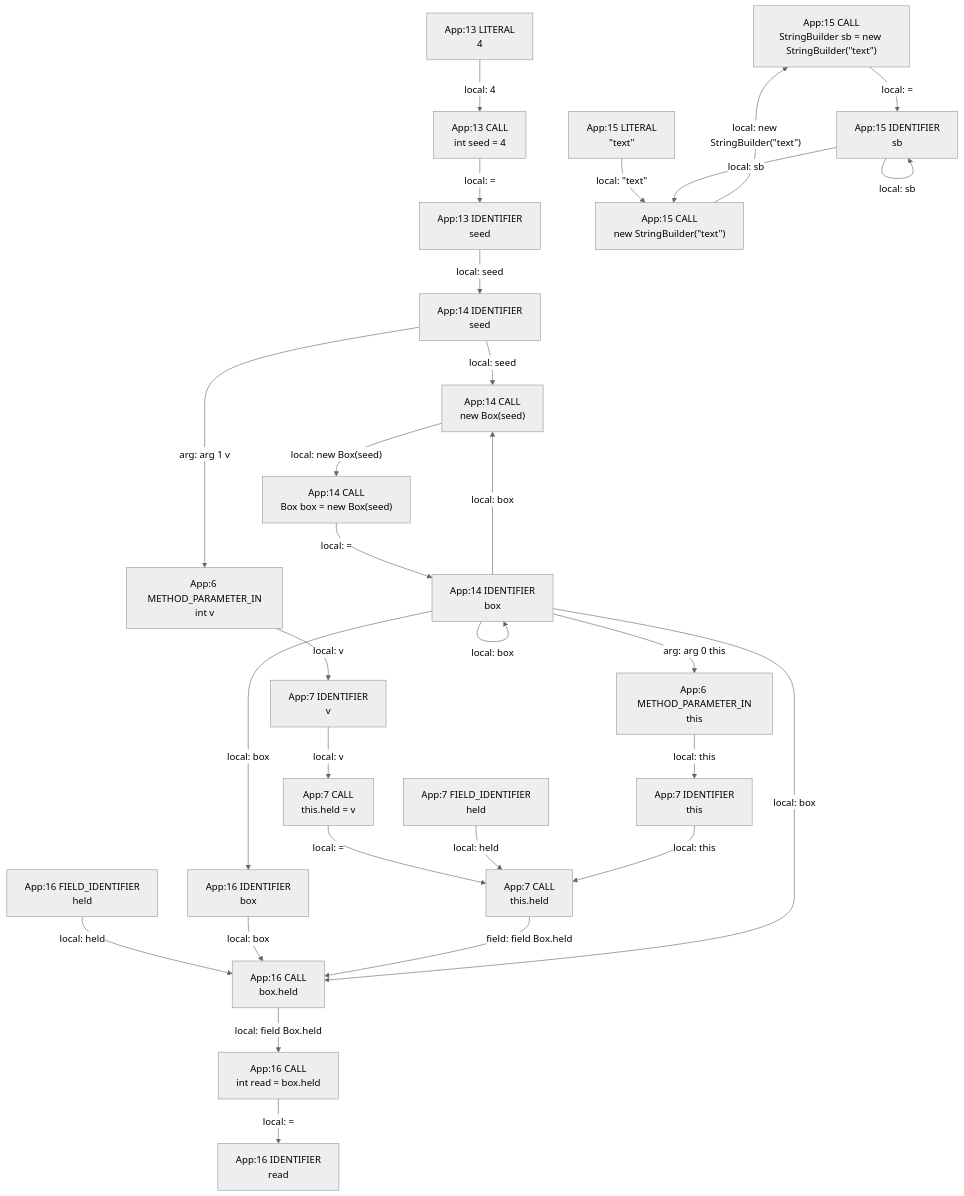
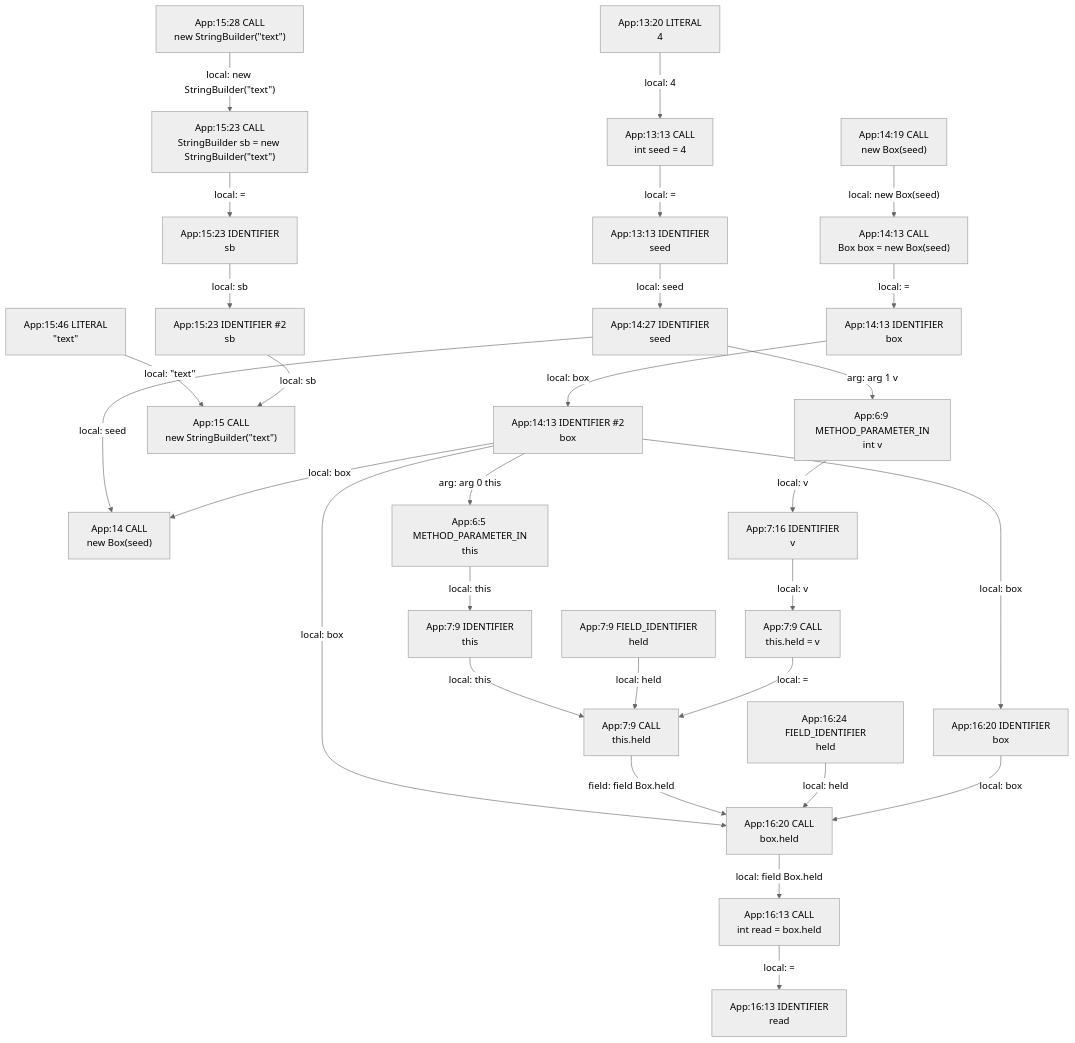
One commit to gstiebler/codeflow changed the diagram in app/src/test/resources/newObject/spike-truth.md. Above: the diagram before and after it, drawn with Mermaid (neutral theme). The commit also changed 154 other files, not shown here.

````diff
--- a/app/src/test/resources/newObject/spike-truth.md
+++ b/app/src/test/resources/newObject/spike-truth.md
@@ -3,54 +3,58 @@
 ```mermaid
 flowchart TD
-  n0["App:13 CALL<br/>int seed = 4"]
-  n1["App:13 IDENTIFIER<br/>seed"]
-  n2["App:13 LITERAL<br/>4"]
-  n3["App:14 CALL<br/>Box box = new Box(seed)"]
-  n4["App:14 CALL<br/>new Box(seed)"]
-  n5["App:14 IDENTIFIER<br/>box"]
-  n6["App:14 IDENTIFIER<br/>seed"]
-  n7["App:15 CALL<br/>StringBuilder sb = new StringBuilder(#quot;text#quot;)"]
-  n8["App:15 CALL<br/>new StringBuilder(#quot;text#quot;)"]
-  n9["App:15 IDENTIFIER<br/>sb"]
-  n10["App:15 LITERAL<br/>#quot;text#quot;"]
-  n11["App:16 CALL<br/>box.held"]
-  n12["App:16 CALL<br/>int read = box.held"]
-  n13["App:16 FIELD_IDENTIFIER<br/>held"]
-  n14["App:16 IDENTIFIER<br/>box"]
-  n15["App:16 IDENTIFIER<br/>read"]
-  n16["App:6 METHOD_PARAMETER_IN<br/>int v"]
-  n17["App:6 METHOD_PARAMETER_IN<br/>this"]
-  n18["App:7 CALL<br/>this.held"]
-  n19["App:7 CALL<br/>this.held = v"]
-  n20["App:7 FIELD_IDENTIFIER<br/>held"]
-  n21["App:7 IDENTIFIER<br/>this"]
-  n22["App:7 IDENTIFIER<br/>v"]
+  n0["App:13:13 CALL<br/>int seed = 4"]
+  n1["App:13:13 IDENTIFIER<br/>seed"]
+  n2["App:13:20 LITERAL<br/>4"]
+  n3["App:14 CALL<br/>new Box(seed)"]
+  n4["App:14:13 CALL<br/>Box box = new Box(seed)"]
+  n5["App:14:13 IDENTIFIER #2<br/>box"]
+  n6["App:14:13 IDENTIFIER<br/>box"]
+  n7["App:14:19 CALL<br/>new Box(seed)"]
+  n8["App:14:27 IDENTIFIER<br/>seed"]
+  n9["App:15 CALL<br/>new StringBuilder(#quot;text#quot;)"]
+  n10["App:15:23 CALL<br/>StringBuilder sb = new StringBuilder(#quot;text#quot;)"]
+  n11["App:15:23 IDENTIFIER #2<br/>sb"]
+  n12["App:15:23 IDENTIFIER<br/>sb"]
+  n13["App:15:28 CALL<br/>new StringBuilder(#quot;text#quot;)"]
+  n14["App:15:46 LITERAL<br/>#quot;text#quot;"]
+  n15["App:16:13 CALL<br/>int read = box.held"]
+  n16["App:16:13 IDENTIFIER<br/>read"]
+  n17["App:16:20 CALL<br/>box.held"]
+  n18["App:16:20 IDENTIFIER<br/>box"]
+  n19["App:16:24 FIELD_IDENTIFIER<br/>held"]
+  n20["App:6:5 METHOD_PARAMETER_IN<br/>this"]
+  n21["App:6:9 METHOD_PARAMETER_IN<br/>int v"]
+  n22["App:7:16 IDENTIFIER<br/>v"]
+  n23["App:7:9 CALL<br/>this.held"]
+  n24["App:7:9 CALL<br/>this.held = v"]
+  n25["App:7:9 FIELD_IDENTIFIER<br/>held"]
+  n26["App:7:9 IDENTIFIER<br/>this"]
   n0 -->|"local: ="| n1
-  n1 -->|"local: seed"| n6
-  n10 -->|"local: #quot;text#quot;"| n8
-  n11 -->|"local: field Box.held"| n12
-  n12 -->|"local: ="| n15
-  n13 -->|"local: held"| n11
-  n14 -->|"local: box"| n11
-  n16 -->|"local: v"| n22
-  n17 -->|"local: this"| n21
-  n18 -->|"field: field Box.held"| n11
-  n19 -->|"local: ="| n18
+  n1 -->|"local: seed"| n8
+  n10 -->|"local: ="| n12
+  n11 -->|"local: sb"| n9
+  n12 -->|"local: sb"| n11
+  n13 -->|"local: new StringBuilder(#quot;text#quot;)"| n10
+  n14 -->|"local: #quot;text#quot;"| n9
+  n15 -->|"local: ="| n16
+  n17 -->|"local: field Box.held"| n15
+  n18 -->|"local: box"| n17
+  n19 -->|"local: held"| n17
   n2 -->|"local: 4"| n0
-  n20 -->|"local: held"| n18
-  n21 -->|"local: this"| n18
-  n22 -->|"local: v"| n19
-  n3 -->|"local: ="| n5
-  n4 -->|"local: new Box(seed)"| n3
-  n5 -->|"arg: arg 0 this"| n17
-  n5 -->|"local: box"| n11
-  n5 -->|"local: box"| n14
-  n5 -->|"local: box"| n4
-  n5 -->|"local: box"| n5
-  n6 -->|"arg: arg 1 v"| n16
-  n6 -->|"local: seed"| n4
-  n7 -->|"local: ="| n9
-  n8 -->|"local: new StringBuilder(#quot;text#quot;)"| n7
-  n9 -->|"local: sb"| n8
-  n9 -->|"local: sb"| n9
+  n20 -->|"local: this"| n26
+  n21 -->|"local: v"| n22
+  n22 -->|"local: v"| n24
+  n23 -->|"field: field Box.held"| n17
+  n24 -->|"local: ="| n23
+  n25 -->|"local: held"| n23
+  n26 -->|"local: this"| n23
+  n4 -->|"local: ="| n6
+  n5 -->|"arg: arg 0 this"| n20
+  n5 -->|"local: box"| n17
+  n5 -->|"local: box"| n18
+  n5 -->|"local: box"| n3
+  n6 -->|"local: box"| n5
+  n7 -->|"local: new Box(seed)"| n4
+  n8 -->|"arg: arg 1 v"| n21
+  n8 -->|"local: seed"| n3
 ```
````
